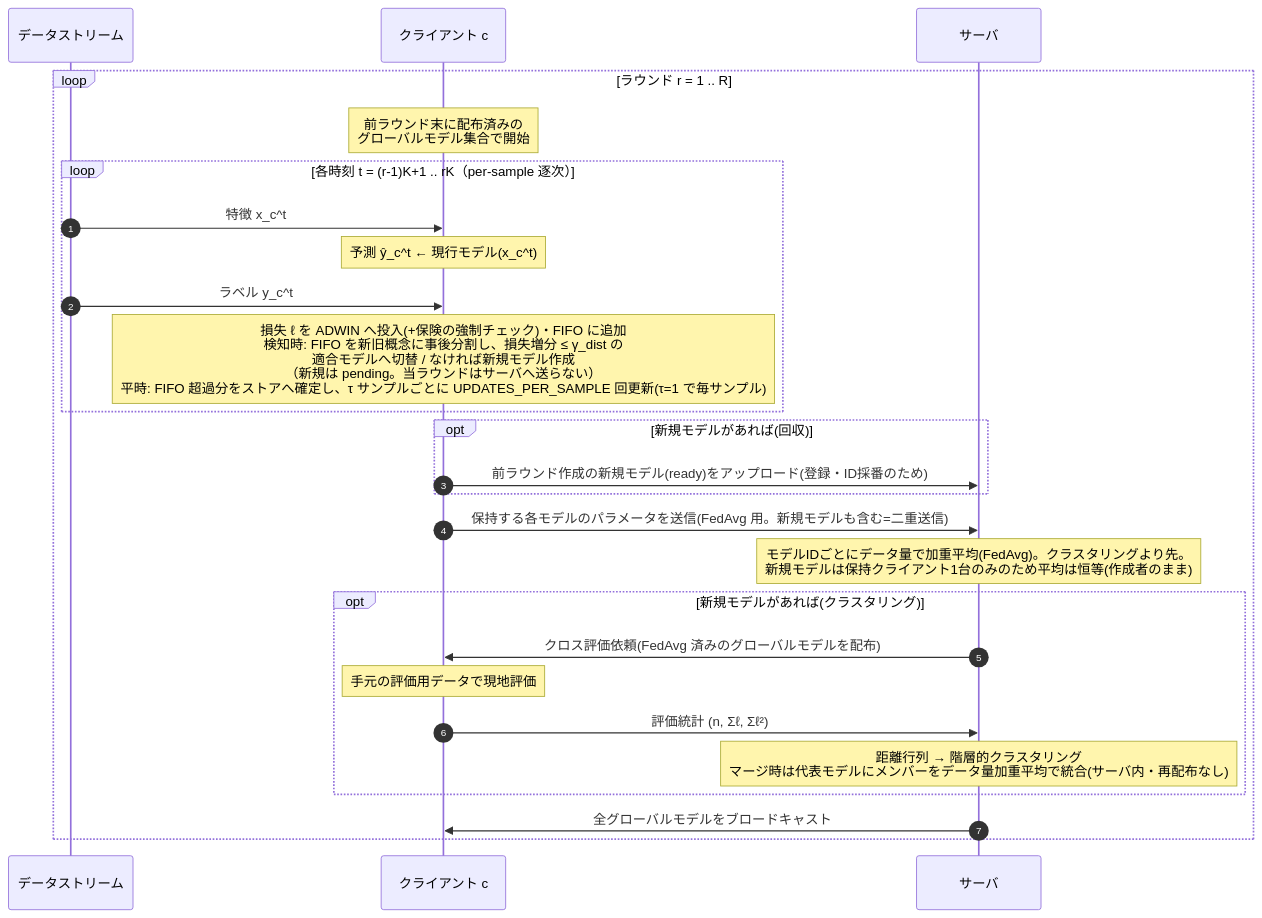
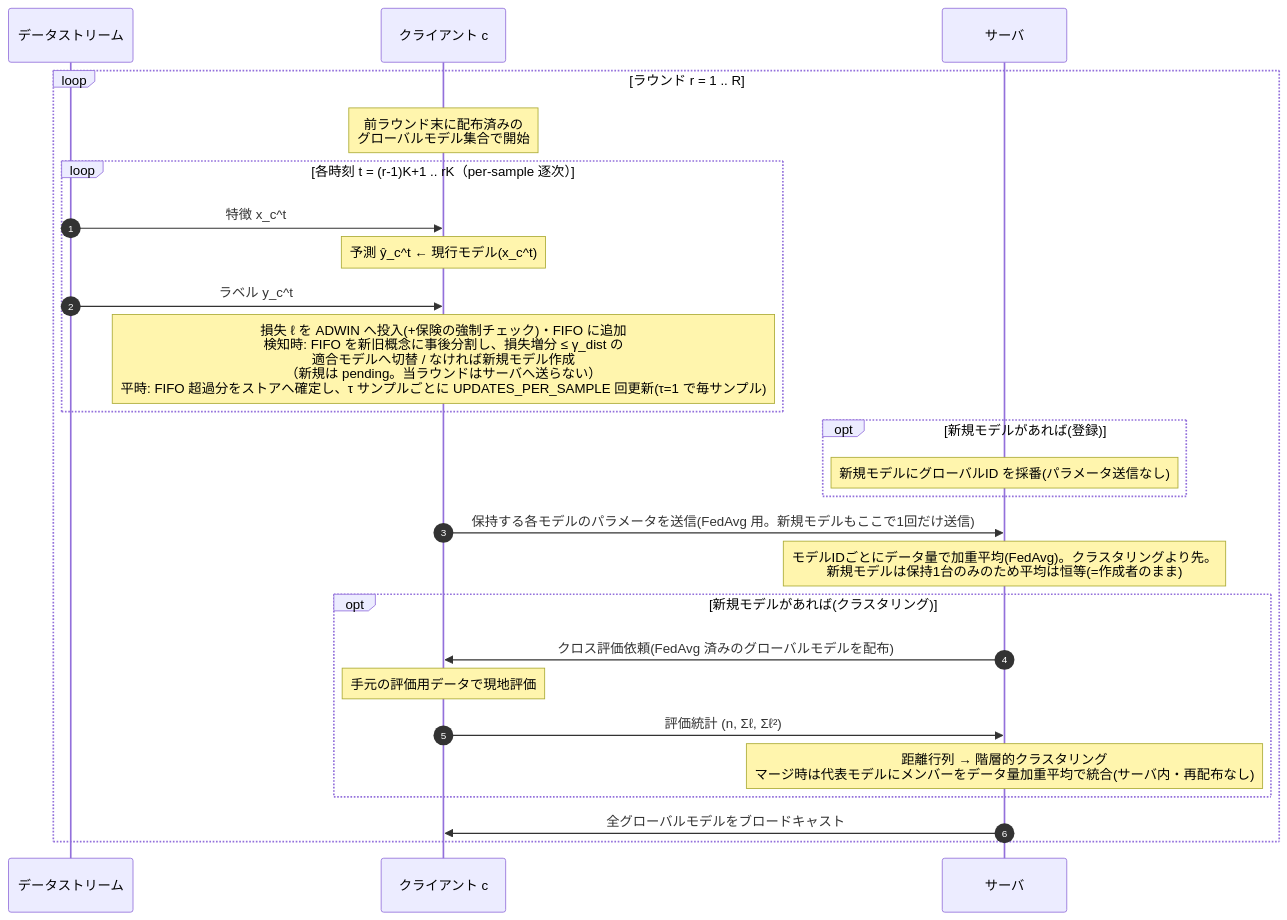
The second of 3 diagrams in docs/sequence-diagrams.md (shimmen3141/FedSDA-experiment), drawn with Mermaid before and after one commit. The commit also changed other lines of this file, not shown here.

First line of the commit message:
@ docs: v2 図を実装済み単一版に統合

````diff
--- a/docs/sequence-diagrams.md
+++ b/docs/sequence-diagrams.md
@@ -94,31 +97,31 @@
 ```mermaid
 sequenceDiagram
     autonumber
     participant D as データストリーム
     participant C as クライアント c
     participant S as サーバ
 
     loop ラウンド r = 1 .. R
         Note over C: 前ラウンド末に配布済みの<br/>グローバルモデル集合で開始
 
         loop 各時刻 t = (r-1)K+1 .. rK（per-sample 逐次）
             D->>C: 特徴 x_c^t
             Note over C: 予測 ŷ_c^t ← 現行モデル(x_c^t)
             D->>C: ラベル y_c^t
             Note over C: 損失 ℓ を ADWIN へ投入(+保険の強制チェック)・FIFO に追加<br/>検知時: FIFO を新旧概念に事後分割し、損失増分 ≤ γ_dist の<br/>適合モデルへ切替 / なければ新規モデル作成<br/>（新規は pending。当ラウンドはサーバへ送らない）<br/>平時: FIFO 超過分をストアへ確定し、τ サンプルごとに UPDATES_PER_SAMPLE 回更新(τ=1 で毎サンプル)
         end
 
-        opt 新規モデルがあれば(回収)
-            C->>S: 前ラウンド作成の新規モデル(ready)をアップロード(登録・ID採番のため)
+        opt 新規モデルがあれば(登録)
+            Note over S: 新規モデルにグローバルID を採番(パラメータ送信なし)
         end
-        C->>S: 保持する各モデルのパラメータを送信(FedAvg 用。新規モデルも含む=二重送信)
-        Note over S: モデルIDごとにデータ量で加重平均(FedAvg)。クラスタリングより先。<br/>新規モデルは保持クライアント1台のみのため平均は恒等(作成者のまま)
+        C->>S: 保持する各モデルのパラメータを送信(FedAvg 用。新規モデルもここで1回だけ送信)
+        Note over S: モデルIDごとにデータ量で加重平均(FedAvg)。クラスタリングより先。<br/>新規モデルは保持1台のみのため平均は恒等(=作成者のまま)
         opt 新規モデルがあれば(クラスタリング)
             S->>C: クロス評価依頼(FedAvg 済みのグローバルモデルを配布)
             Note over C: 手元の評価用データで現地評価
             C->>S: 評価統計 (n, Σℓ, Σℓ²)
             Note over S: 距離行列 → 階層的クラスタリング<br/>マージ時は代表モデルにメンバーをデータ量加重平均で統合(サーバ内・再配布なし)
         end
         S->>C: 全グローバルモデルをブロードキャスト
     end
 ```
````
